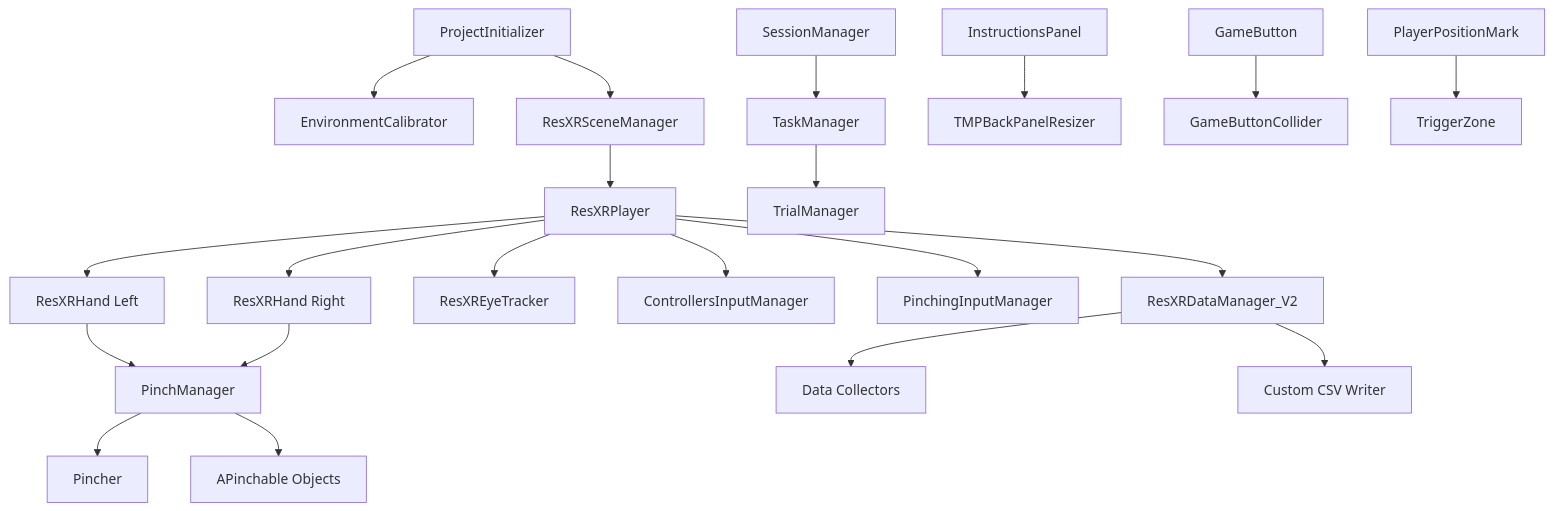
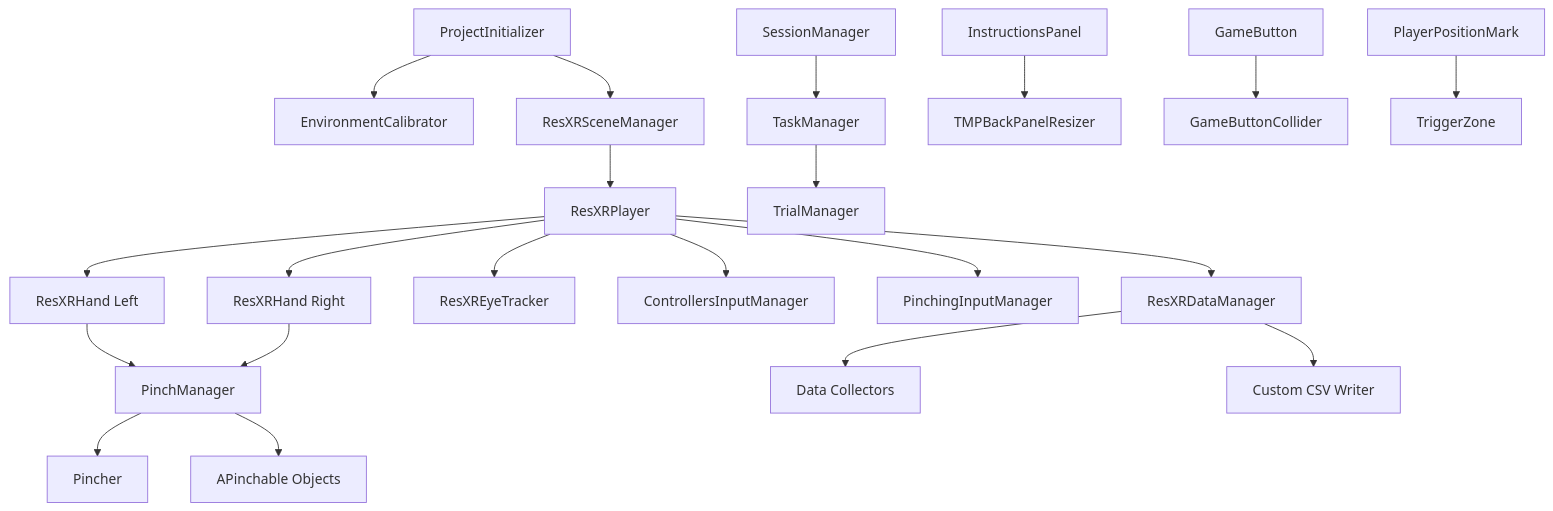
One commit to ResXR/resxr-unity-research-template changed the diagram in ResXR_Template_Documentation.md. Above: the diagram before and after it, drawn with Mermaid. The commit also changed other lines of this file and 154 other files, not shown here.

First line of the commit message:
rename ResXRDataManager_V2 → ResXRDataManager

````diff
--- a/ResXR_Template_Documentation.md
+++ b/ResXR_Template_Documentation.md
@@ -1569,29 +1569,29 @@
 ```mermaid
 graph TD
     ProjectInitializer[ProjectInitializer] --> EnvironmentCalibrator[EnvironmentCalibrator]
     ProjectInitializer --> ResXRSceneManager[ResXRSceneManager]
     
     ResXRSceneManager --> ResXRPlayer[ResXRPlayer]
     
     ResXRPlayer --> ResXRHandLeft[ResXRHand Left]
     ResXRPlayer --> ResXRHandRight[ResXRHand Right]
     ResXRPlayer --> ResXREyeTracker[ResXREyeTracker]
     ResXRPlayer --> ControllersInputManager[ControllersInputManager]
     ResXRPlayer --> PinchingInputManager[PinchingInputManager]
     
     ResXRHandLeft --> PinchManager[PinchManager]
     ResXRHandRight --> PinchManager
     PinchManager --> Pincher[Pincher]
     PinchManager --> APinchable[APinchable Objects]
     
-    ResXRPlayer --> ResXRDataManager[ResXRDataManager_V2]
+    ResXRPlayer --> ResXRDataManager[ResXRDataManager]
     ResXRDataManager --> Collectors[Data Collectors]
     ResXRDataManager --> CustomCsvWriter[Custom CSV Writer]
     
     SessionManager[SessionManager] --> TaskManager[TaskManager]
     TaskManager --> TrialManager[TrialManager]
     
     InstructionsPanel[InstructionsPanel] --> TMPBackPanelResizer[TMPBackPanelResizer]
     GameButton[GameButton] --> GameButtonCollider[GameButtonCollider]
     PlayerPositionMark[PlayerPositionMark] --> PositionMarkTriggerZone[TriggerZone]
 ```
````
